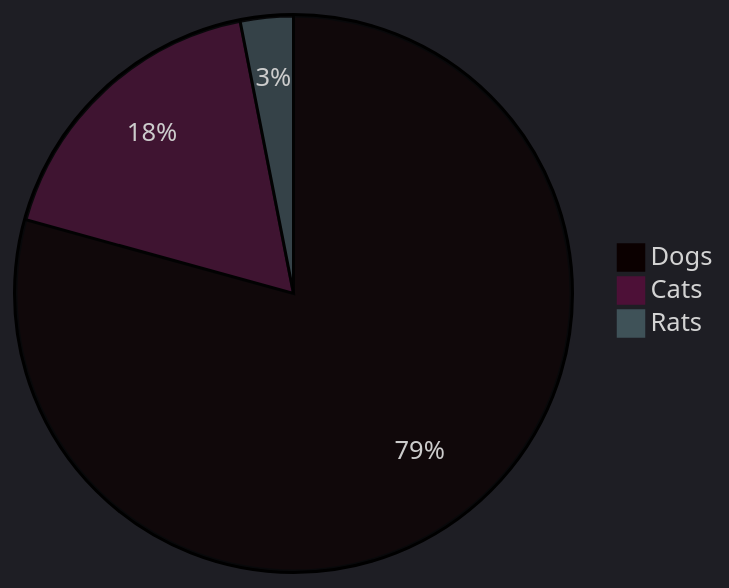
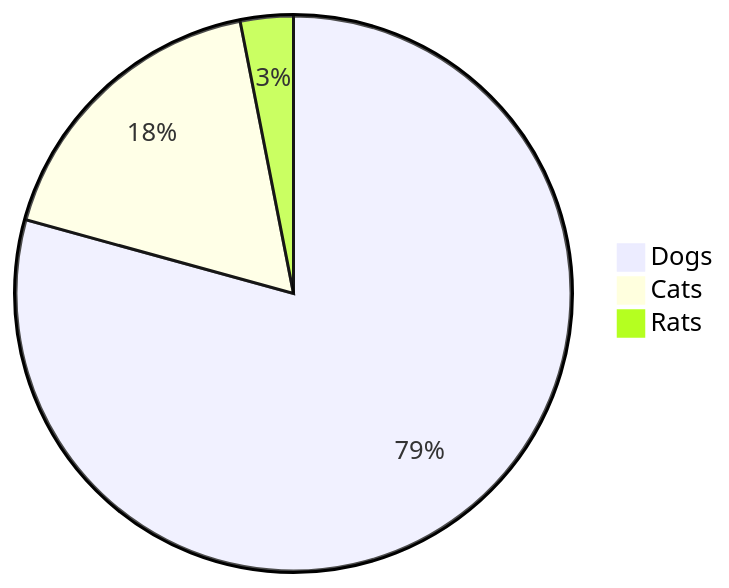
Before and after one commit to svkaizoku/github-tasks: the second of 6 diagrams in movie/backstage/docs/index.md, drawn with Mermaid. The commit also changed other lines of this file, not shown here.

````diff
--- a/movie/backstage/docs/index.md
+++ b/movie/backstage/docs/index.md
@@ -13,7 +11,6 @@
 ```mermaid
-%%{init: {'theme':'dark'}}%%
 pie
 "Dogs" : 386
 "Cats" : 85.9
 "Rats" : 15
 ```
````
